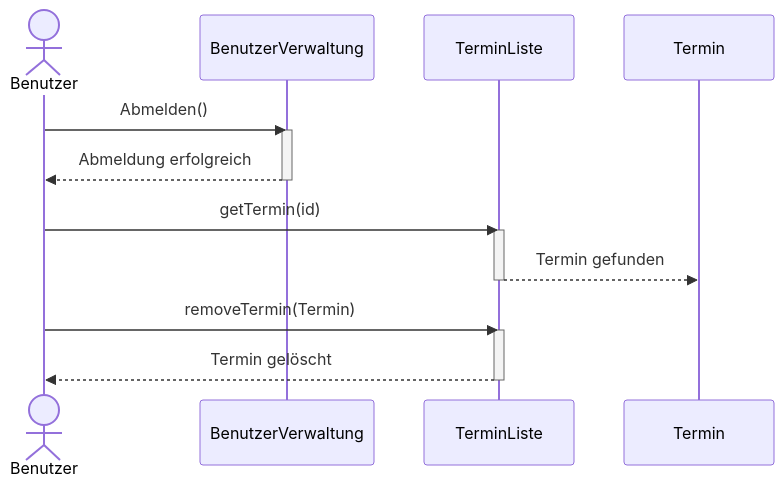
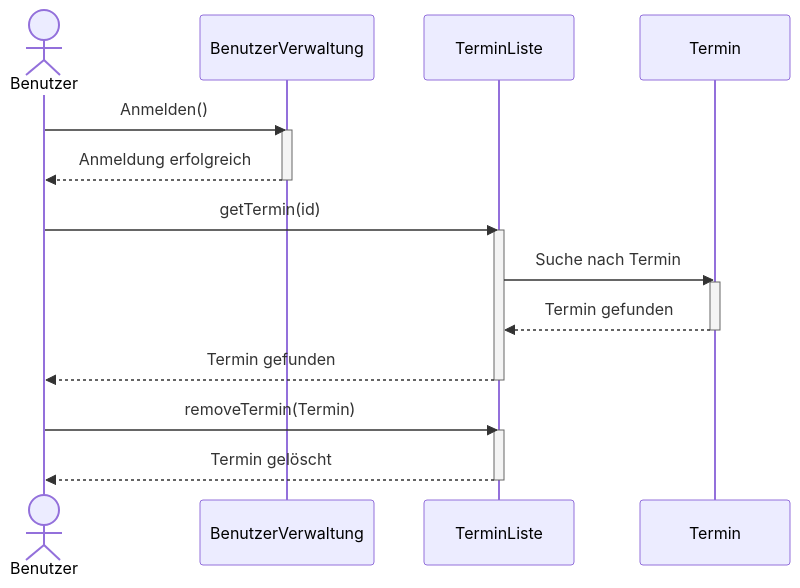
One commit to Rock-Lex/TimeWise changed the diagram in Diagramme/Mermaid/UserDeletesAppintment.md. Above: the diagram before and after it, drawn with Mermaid. The commit also changed 1 other file, not shown here.

Commit message:
Diagramme bearbeitet

````diff
--- a/Diagramme/Mermaid/UserDeletesAppintment.md
+++ b/Diagramme/Mermaid/UserDeletesAppintment.md
@@ -1,22 +1,26 @@
 ```mermaid
 sequenceDiagram
     actor Benutzer
     participant BenutzerVerwaltung
     participant TerminListe
     participant Termin
 
-    Benutzer->>BenutzerVerwaltung: Abmelden()
+    Benutzer->>BenutzerVerwaltung: Anmelden()
     activate BenutzerVerwaltung
-    BenutzerVerwaltung-->>Benutzer: Abmeldung erfolgreich
+    BenutzerVerwaltung-->>Benutzer: Anmeldung erfolgreich
     deactivate BenutzerVerwaltung
 
     Benutzer->>TerminListe: getTermin(id)
     activate TerminListe
-    TerminListe-->>Termin: Termin gefunden
+    TerminListe->>Termin: Suche nach Termin
+    activate Termin
+    Termin-->>TerminListe: Termin gefunden
+    deactivate Termin
+    TerminListe-->>Benutzer: Termin gefunden
     deactivate TerminListe
 
     Benutzer->>TerminListe: removeTermin(Termin)
     activate TerminListe
     TerminListe-->>Benutzer: Termin gelöscht
     deactivate TerminListe
 ```
````
